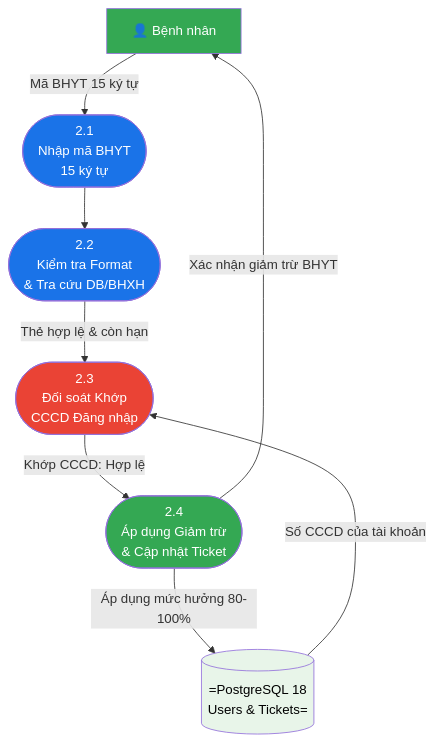
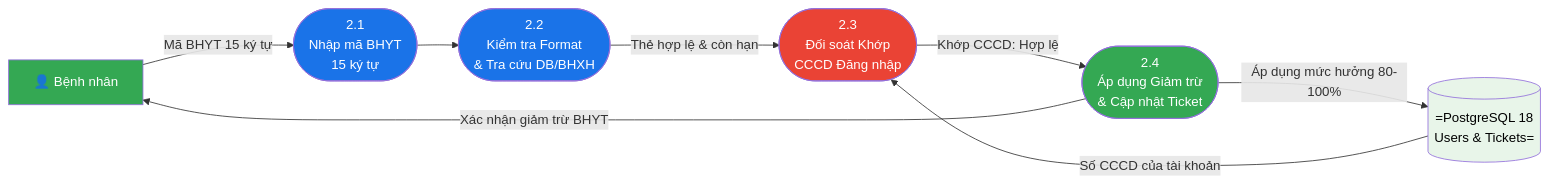
One commit to nguyng/DOANTRITUENHANTAO changed the fifth of 19 diagrams in So_Do_Mermaid.md. Above: the diagram before and after it, drawn with Mermaid. The commit also changed other lines of this file and 1 other file, not shown here.

Commit message:
docs: update all 18 diagrams and captions in final report DOCX + remove YOLO/PhoBERT/OCR refs

````diff
--- a/So_Do_Mermaid.md
+++ b/So_Do_Mermaid.md
@@ -180,24 +180,24 @@
 ```mermaid
-graph TD
+graph LR
     BN["👤 Bệnh nhân"]
     P1(["2.1\nNhập mã BHYT\n15 ký tự"])
     P2(["2.2\nKiểm tra Format\n& Tra cứu DB/BHXH"])
     P3(["2.3\nĐối soát Khớp\nCCCD Đăng nhập"])
     P4(["2.4\nÁp dụng Giảm trừ\n& Cập nhật Ticket"])
     DS1[("=PostgreSQL 18\nUsers & Tickets=")]
 
     BN -->|"Mã BHYT 15 ký tự"| P1
     P1 --> P2
     P2 -->|"Thẻ hợp lệ & còn hạn"| P3
     DS1 -->|"Số CCCD của tài khoản"| P3
     P3 -->|"Khớp CCCD: Hợp lệ"| P4
     P4 -->|"Áp dụng mức hưởng 80-100%"| DS1
     P4 -->|"Xác nhận giảm trừ BHYT"| BN
 
     style BN fill:#34a853,color:#fff
     style P1 fill:#1a73e8,color:#fff
     style P2 fill:#1a73e8,color:#fff
     style P3 fill:#ea4335,color:#fff
     style P4 fill:#34a853,color:#fff
     style DS1 fill:#e8f5e9,color:#000
 ```
````
